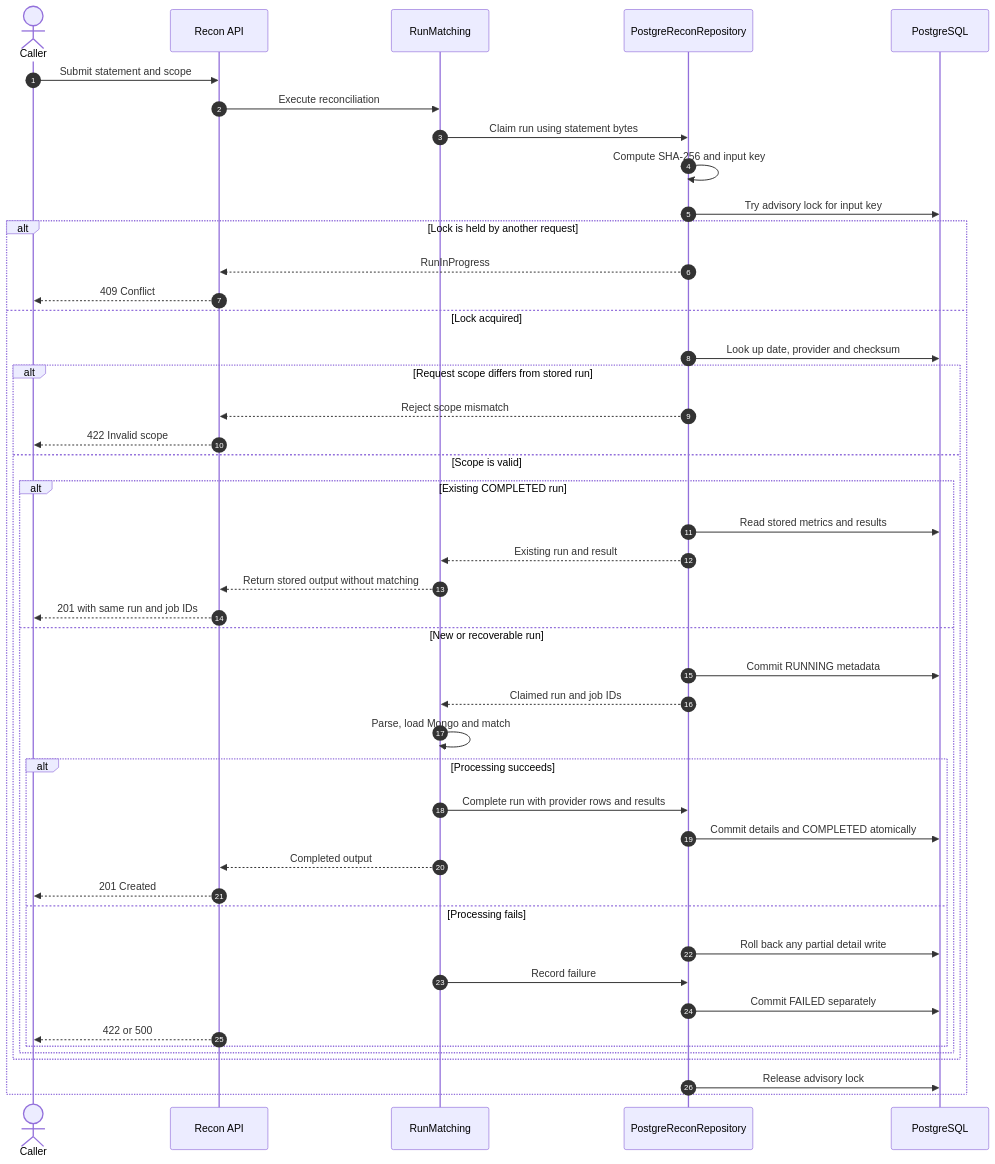
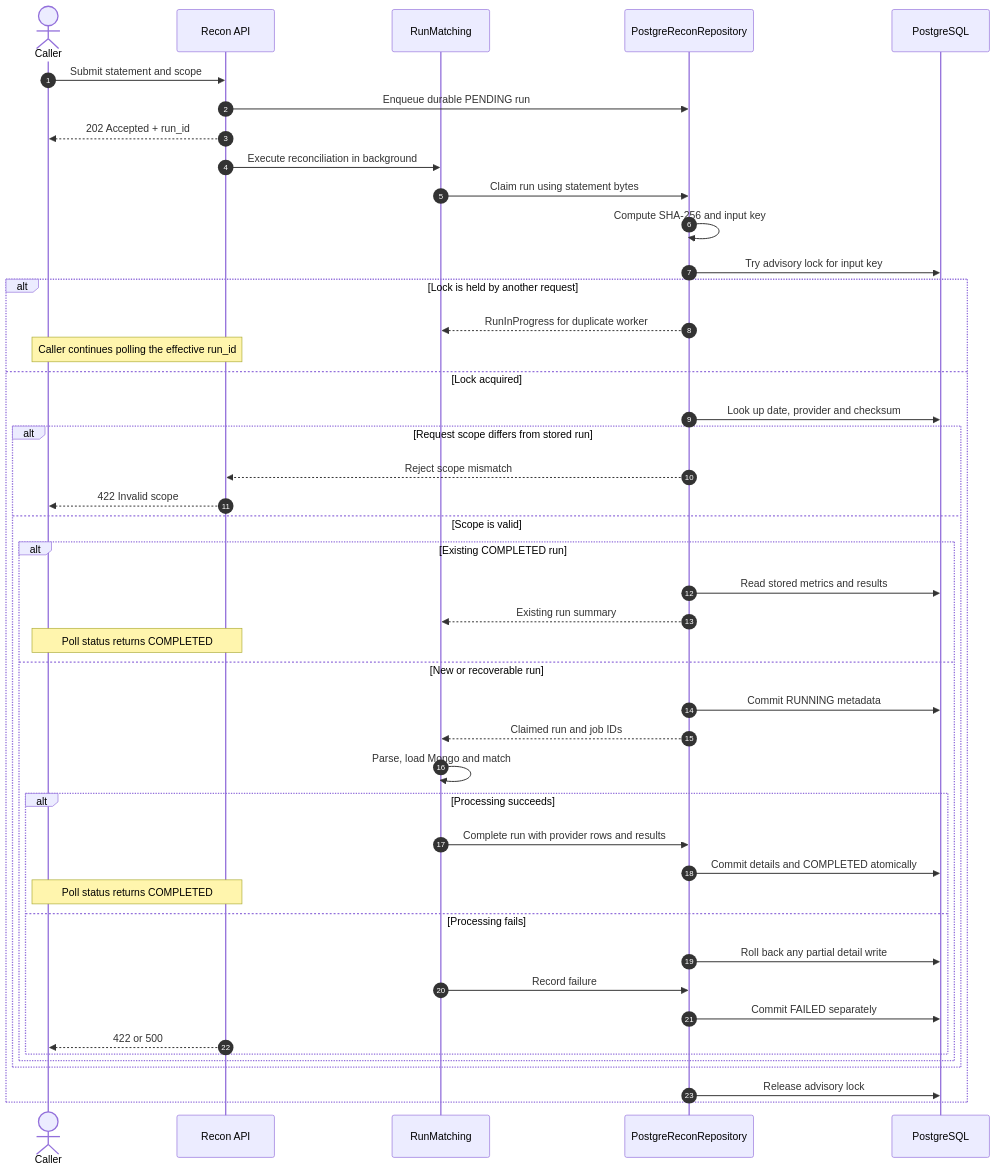
Before and after one commit to huuthang-0809/PaymentHub: the diagram in docs/features/reconciliation/f06-run-lifecycle-idempotent-rerun.md, drawn with Mermaid. The commit also changed other lines of this file and 20 other files, not shown here.

````diff
--- a/docs/features/reconciliation/f06-run-lifecycle-idempotent-rerun.md
+++ b/docs/features/reconciliation/f06-run-lifecycle-idempotent-rerun.md
@@ -35,48 +35,48 @@
 ```mermaid
 sequenceDiagram
     autonumber
     actor Caller
     participant API as Recon API
     participant Orch as RunMatching
     participant Repo as PostgreReconRepository
     participant PG as PostgreSQL
 
     Caller->>API: Submit statement and scope
-    API->>Orch: Execute reconciliation
+    API->>Repo: Enqueue durable PENDING run
+    API-->>Caller: 202 Accepted + run_id
+    API->>Orch: Execute reconciliation in background
     Orch->>Repo: Claim run using statement bytes
     Repo->>Repo: Compute SHA-256 and input key
     Repo->>PG: Try advisory lock for input key
     alt Lock is held by another request
-        Repo-->>API: RunInProgress
-        API-->>Caller: 409 Conflict
+        Repo-->>Orch: RunInProgress for duplicate worker
+        Note over Caller,API: Caller continues polling the effective run_id
     else Lock acquired
         Repo->>PG: Look up date, provider and checksum
         alt Request scope differs from stored run
             Repo-->>API: Reject scope mismatch
             API-->>Caller: 422 Invalid scope
         else Scope is valid
             alt Existing COMPLETED run
                 Repo->>PG: Read stored metrics and results
-                Repo-->>Orch: Existing run and result
-                Orch-->>API: Return stored output without matching
-                API-->>Caller: 201 with same run and job IDs
+                Repo-->>Orch: Existing run summary
+                Note over Caller,API: Poll status returns COMPLETED
             else New or recoverable run
                 Repo->>PG: Commit RUNNING metadata
                 Repo-->>Orch: Claimed run and job IDs
                 Orch->>Orch: Parse, load Mongo and match
                 alt Processing succeeds
                     Orch->>Repo: Complete run with provider rows and results
                     Repo->>PG: Commit details and COMPLETED atomically
-                    Orch-->>API: Completed output
-                    API-->>Caller: 201 Created
+                    Note over Caller,API: Poll status returns COMPLETED
                 else Processing fails
                     Repo->>PG: Roll back any partial detail write
                     Orch->>Repo: Record failure
                     Repo->>PG: Commit FAILED separately
                     API-->>Caller: 422 or 500
                 end
             end
         end
         Repo->>PG: Release advisory lock
     end
 ```
````
